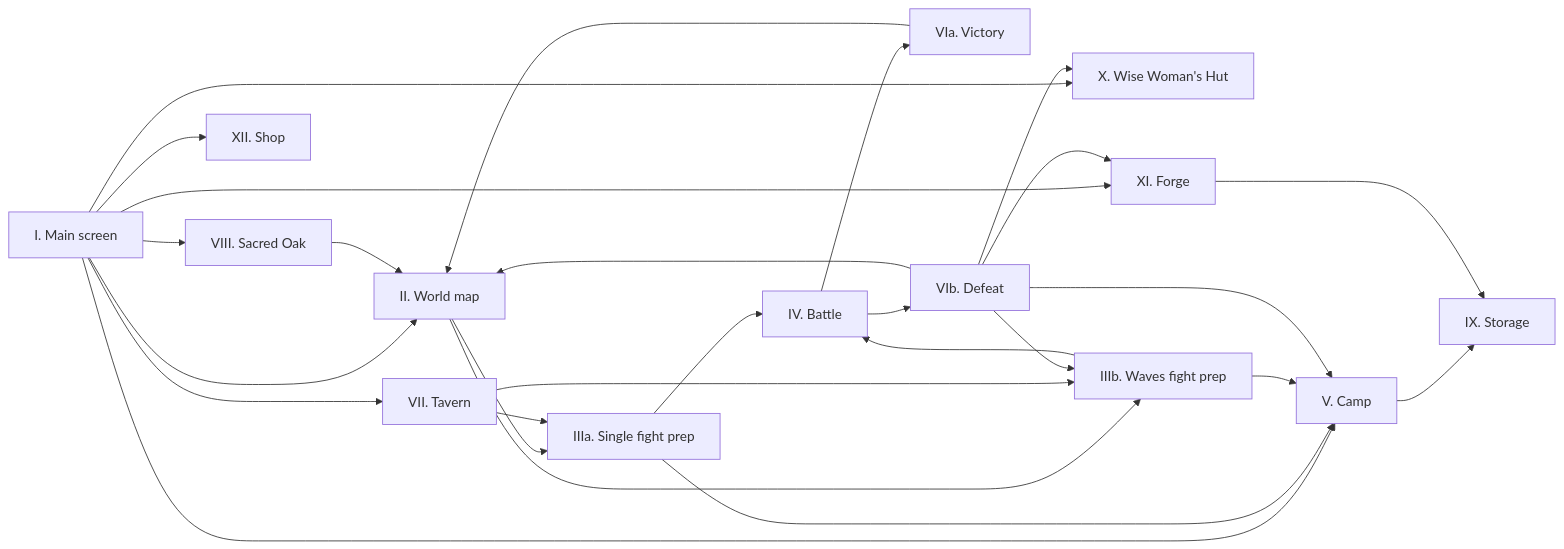
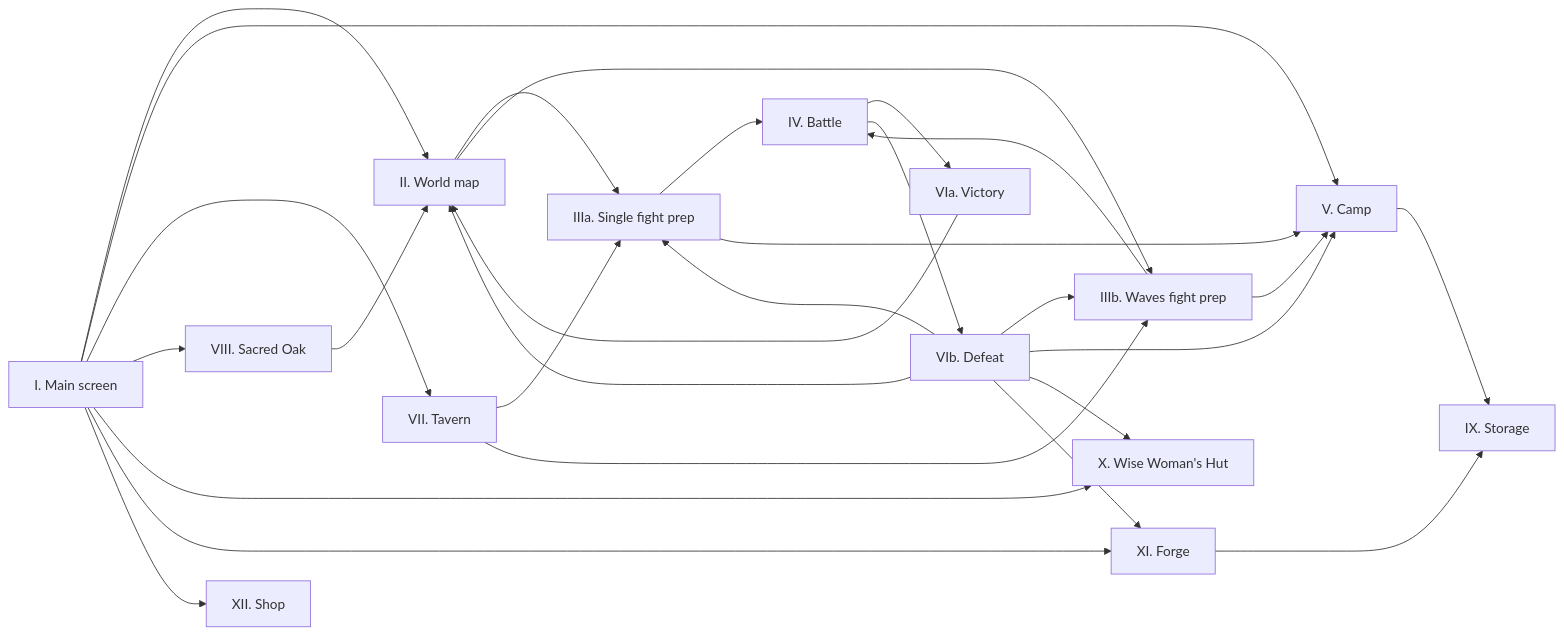
One commit to Patryk-Suchecki/Featherguard changed the diagram in docs/design/screen-flow.md. Above: the diagram before and after it, drawn with Mermaid. The commit also changed other lines of this file, not shown here.

Commit message:
Add Retry for single fights and the party change note

````diff
--- a/docs/design/screen-flow.md
+++ b/docs/design/screen-flow.md
@@ -30,29 +30,30 @@
 ```mermaid
 flowchart LR
     Main[I. Main screen] --> Map[II. World map]
     Main --> Camp[V. Camp]
     Main --> Tavern[VII. Tavern]
     Main --> Oak[VIII. Sacred Oak]
     Main --> Hut[X. Wise Woman's Hut]
     Main --> Forge[XI. Forge]
     Main --> Shop[XII. Shop]
     Map --> Single[IIIa. Single fight prep]
     Map --> Waves[IIIb. Waves fight prep]
     Tavern --> Single
     Tavern --> Waves
     Oak --> Map
     Single --> Battle[IV. Battle]
     Waves --> Battle
     Single --> Camp
     Waves --> Camp
     Battle --> Victory[VIa. Victory]
     Battle --> Defeat[VIb. Defeat]
     Victory --> Map
     Defeat --> Map
+    Defeat --> Single
     Defeat --> Waves
     Defeat --> Camp
     Defeat --> Hut
     Defeat --> Forge
     Camp --> Storage[IX. Storage]
     Forge --> Storage
 ```
````
